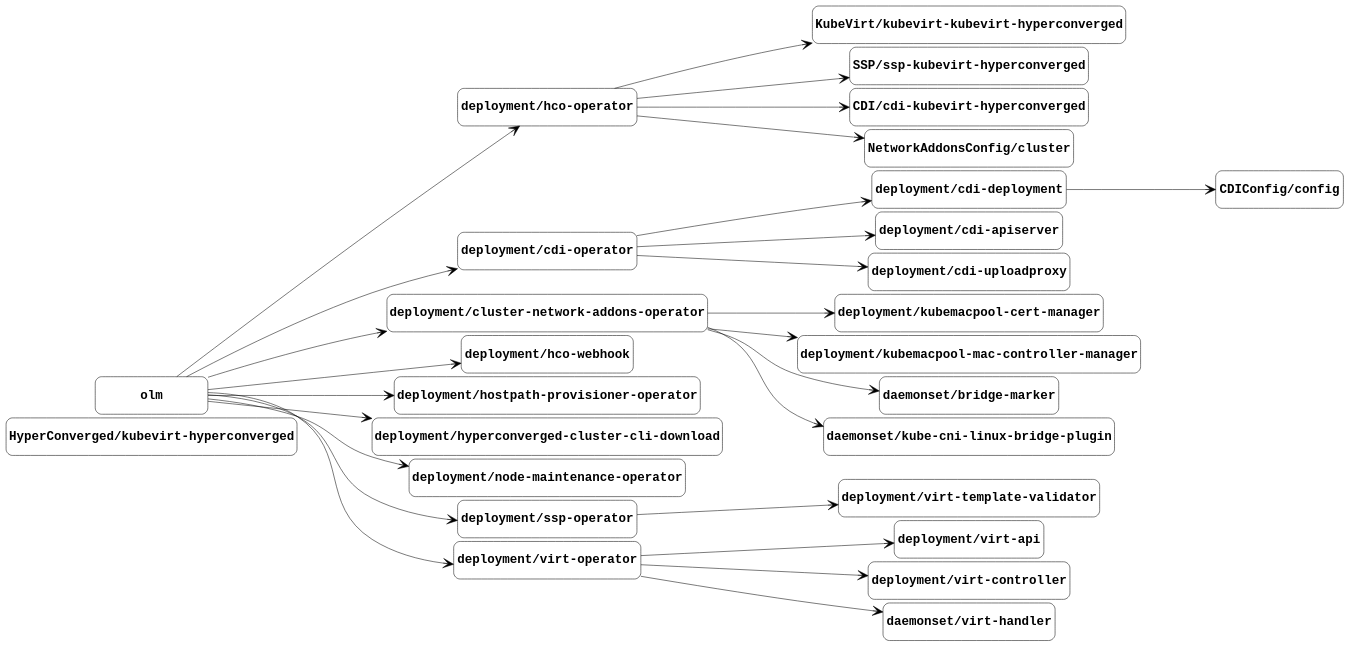
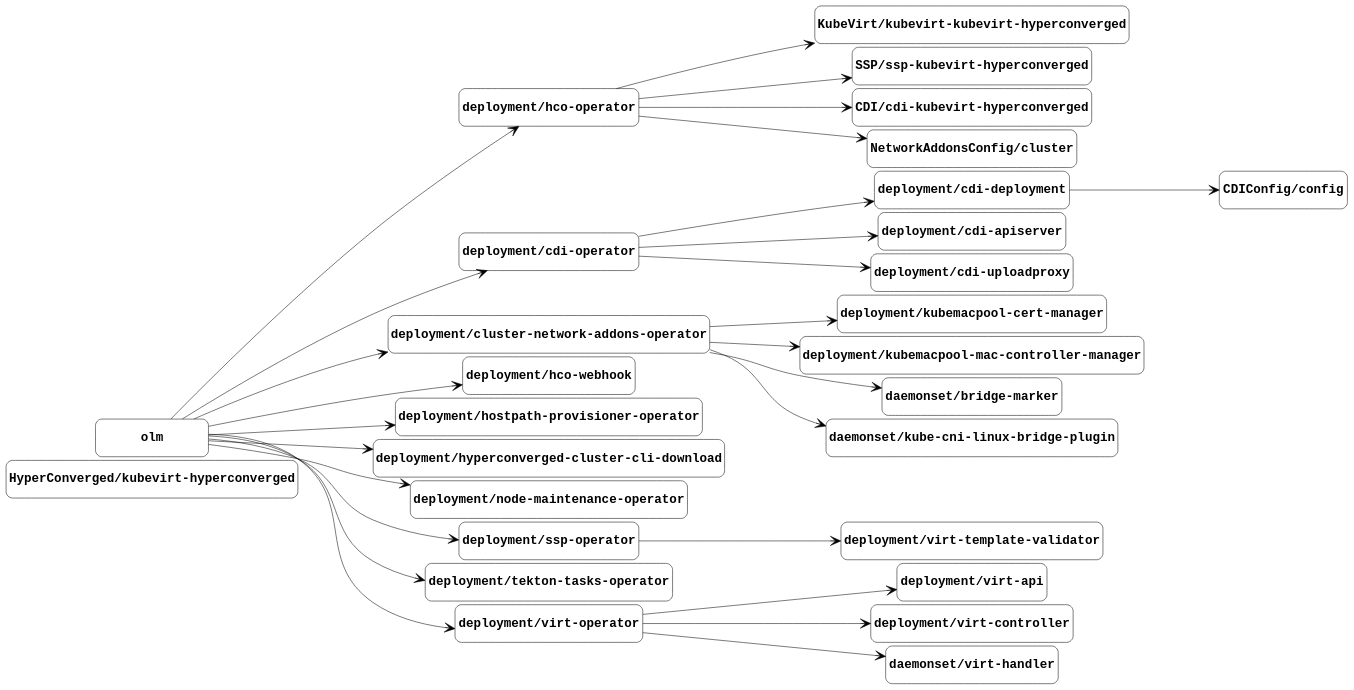
One commit to kubevirt/kubevirt changed the diagram in docs/managed-by.gv. Above: the diagram before and after it, drawn with Graphviz. The commit also changed 3 other files, not shown here.

Commit message:
Update component graphs from the nightly job (#1862)

```diff
--- a/docs/managed-by.gv
+++ b/docs/managed-by.gv
@@ -1,81 +1,84 @@
 digraph "managed-by" {
-	graph [center=true margin=0.1 nodesep=0.1 rankdir=LR ranksep=2]
+	graph [center=true margin=0.2 nodesep=0.1 rankdir=LR ranksep=2]
 	node [fontname="Courier-Bold" fontsize=24 height=1 shape=box style=rounded width=3]
 	edge [arrowhead=vee arrowsize=2]
 	"HyperConverged/kubevirt-hyperconverged" [label="HyperConverged/kubevirt-hyperconverged"]
 	"KubeVirt/kubevirt-kubevirt-hyperconverged" [label="KubeVirt/kubevirt-kubevirt-hyperconverged"]
 	"deployment/hco-operator" [label="deployment/hco-operator"]
 	"deployment/hco-operator" -> "KubeVirt/kubevirt-kubevirt-hyperconverged"
 	"SSP/ssp-kubevirt-hyperconverged" [label="SSP/ssp-kubevirt-hyperconverged"]
 	"deployment/hco-operator" [label="deployment/hco-operator"]
 	"deployment/hco-operator" -> "SSP/ssp-kubevirt-hyperconverged"
 	"CDI/cdi-kubevirt-hyperconverged" [label="CDI/cdi-kubevirt-hyperconverged"]
 	"deployment/hco-operator" [label="deployment/hco-operator"]
 	"deployment/hco-operator" -> "CDI/cdi-kubevirt-hyperconverged"
 	"CDIConfig/config" [label="CDIConfig/config"]
 	"deployment/cdi-deployment" [label="deployment/cdi-deployment"]
 	"deployment/cdi-deployment" -> "CDIConfig/config"
 	"NetworkAddonsConfig/cluster" [label="NetworkAddonsConfig/cluster"]
 	"deployment/hco-operator" [label="deployment/hco-operator"]
 	"deployment/hco-operator" -> "NetworkAddonsConfig/cluster"
 	"deployment/cdi-apiserver" [label="deployment/cdi-apiserver"]
 	"deployment/cdi-operator" [label="deployment/cdi-operator"]
 	"deployment/cdi-operator" -> "deployment/cdi-apiserver"
 	"deployment/cdi-deployment" [label="deployment/cdi-deployment"]
 	"deployment/cdi-operator" [label="deployment/cdi-operator"]
 	"deployment/cdi-operator" -> "deployment/cdi-deployment"
 	"deployment/cdi-operator" [label="deployment/cdi-operator"]
 	olm [label=olm]
 	olm -> "deployment/cdi-operator"
 	"deployment/cdi-uploadproxy" [label="deployment/cdi-uploadproxy"]
 	"deployment/cdi-operator" [label="deployment/cdi-operator"]
 	"deployment/cdi-operator" -> "deployment/cdi-uploadproxy"
 	"deployment/cluster-network-addons-operator" [label="deployment/cluster-network-addons-operator"]
 	olm [label=olm]
 	olm -> "deployment/cluster-network-addons-operator"
 	"deployment/hco-operator" [label="deployment/hco-operator"]
 	olm [label=olm]
 	olm -> "deployment/hco-operator"
 	"deployment/hco-webhook" [label="deployment/hco-webhook"]
 	olm [label=olm]
 	olm -> "deployment/hco-webhook"
 	"deployment/hostpath-provisioner-operator" [label="deployment/hostpath-provisioner-operator"]
 	olm [label=olm]
 	olm -> "deployment/hostpath-provisioner-operator"
 	"deployment/hyperconverged-cluster-cli-download" [label="deployment/hyperconverged-cluster-cli-download"]
 	olm [label=olm]
 	olm -> "deployment/hyperconverged-cluster-cli-download"
 	"deployment/kubemacpool-cert-manager" [label="deployment/kubemacpool-cert-manager"]
 	"deployment/cluster-network-addons-operator" [label="deployment/cluster-network-addons-operator"]
 	"deployment/cluster-network-addons-operator" -> "deployment/kubemacpool-cert-manager"
 	"deployment/kubemacpool-mac-controller-manager" [label="deployment/kubemacpool-mac-controller-manager"]
 	"deployment/cluster-network-addons-operator" [label="deployment/cluster-network-addons-operator"]
 	"deployment/cluster-network-addons-operator" -> "deployment/kubemacpool-mac-controller-manager"
 	"deployment/node-maintenance-operator" [label="deployment/node-maintenance-operator"]
 	olm [label=olm]
 	olm -> "deployment/node-maintenance-operator"
 	"deployment/ssp-operator" [label="deployment/ssp-operator"]
 	olm [label=olm]
 	olm -> "deployment/ssp-operator"
+	"deployment/tekton-tasks-operator" [label="deployment/tekton-tasks-operator"]
+	olm [label=olm]
+	olm -> "deployment/tekton-tasks-operator"
 	"deployment/virt-api" [label="deployment/virt-api"]
 	"deployment/virt-operator" [label="deployment/virt-operator"]
 	"deployment/virt-operator" -> "deployment/virt-api"
 	"deployment/virt-controller" [label="deployment/virt-controller"]
 	"deployment/virt-operator" [label="deployment/virt-operator"]
 	"deployment/virt-operator" -> "deployment/virt-controller"
 	"deployment/virt-operator" [label="deployment/virt-operator"]
 	olm [label=olm]
 	olm -> "deployment/virt-operator"
 	"deployment/virt-template-validator" [label="deployment/virt-template-validator"]
 	"deployment/ssp-operator" [label="deployment/ssp-operator"]
 	"deployment/ssp-operator" -> "deployment/virt-template-validator"
 	"daemonset/bridge-marker" [label="daemonset/bridge-marker"]
 	"deployment/cluster-network-addons-operator" [label="deployment/cluster-network-addons-operator"]
 	"deployment/cluster-network-addons-operator" -> "daemonset/bridge-marker"
 	"daemonset/kube-cni-linux-bridge-plugin" [label="daemonset/kube-cni-linux-bridge-plugin"]
 	"deployment/cluster-network-addons-operator" [label="deployment/cluster-network-addons-operator"]
 	"deployment/cluster-network-addons-operator" -> "daemonset/kube-cni-linux-bridge-plugin"
 	"daemonset/virt-handler" [label="daemonset/virt-handler"]
 	"deployment/virt-operator" [label="deployment/virt-operator"]
 	"deployment/virt-operator" -> "daemonset/virt-handler"
 }
```
